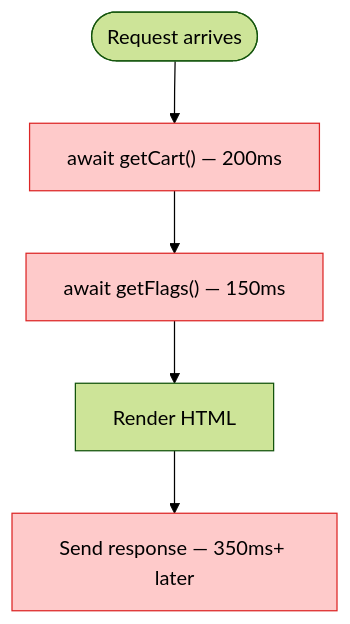
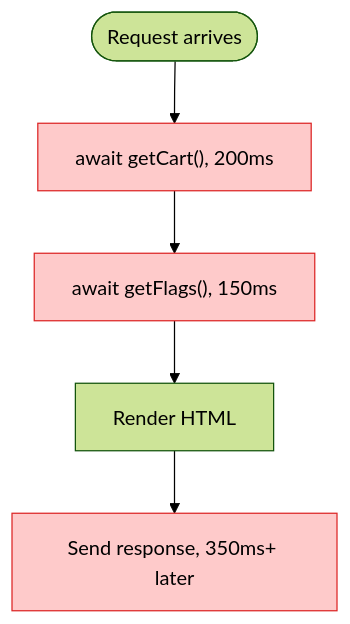
One commit to joyco-studio/hub changed the first of 7 diagrams in content/logs/07-nextjs-promises-ppr.mdx. Above: the diagram before and after it, drawn with Mermaid (forest theme). The commit also changed other lines of this file, not shown here.

````diff
--- a/content/logs/07-nextjs-promises-ppr.mdx
+++ b/content/logs/07-nextjs-promises-ppr.mdx
@@ -32,11 +32,11 @@
 ```mermaid
 flowchart TD
-    A(["Request arrives"]) --> B["await getCart() — 200ms"]
-    B --> C["await getFlags() — 150ms"]
+    A(["Request arrives"]) --> B["await getCart(), 200ms"]
+    B --> C["await getFlags(), 150ms"]
     C --> D["Render HTML"]
-    D --> E["Send response — 350ms+ later"]
+    D --> E["Send response, 350ms+ later"]
 
     style B fill:#fecaca,stroke:#dc2626,color:#000
     style C fill:#fecaca,stroke:#dc2626,color:#000
     style E fill:#fecaca,stroke:#dc2626,color:#000
 ```
````
